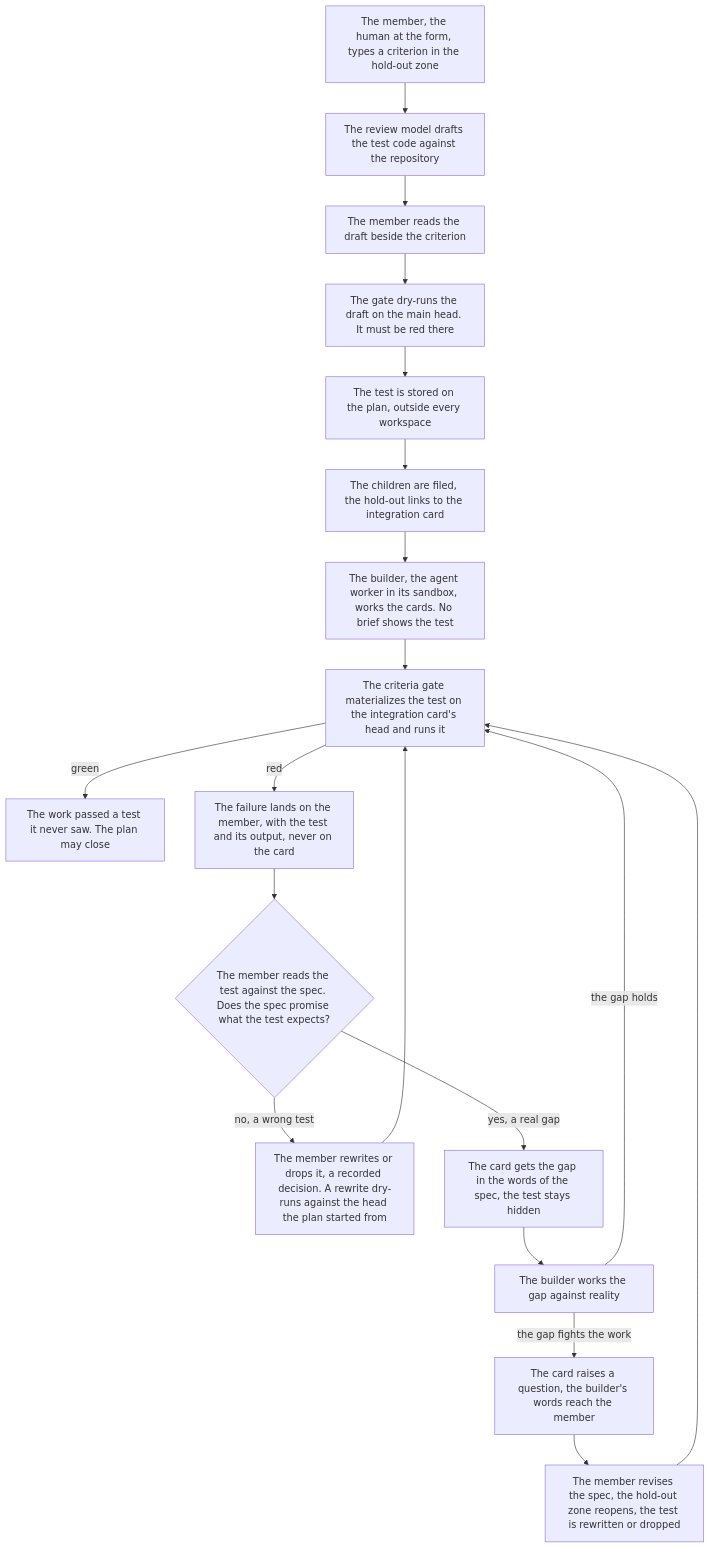
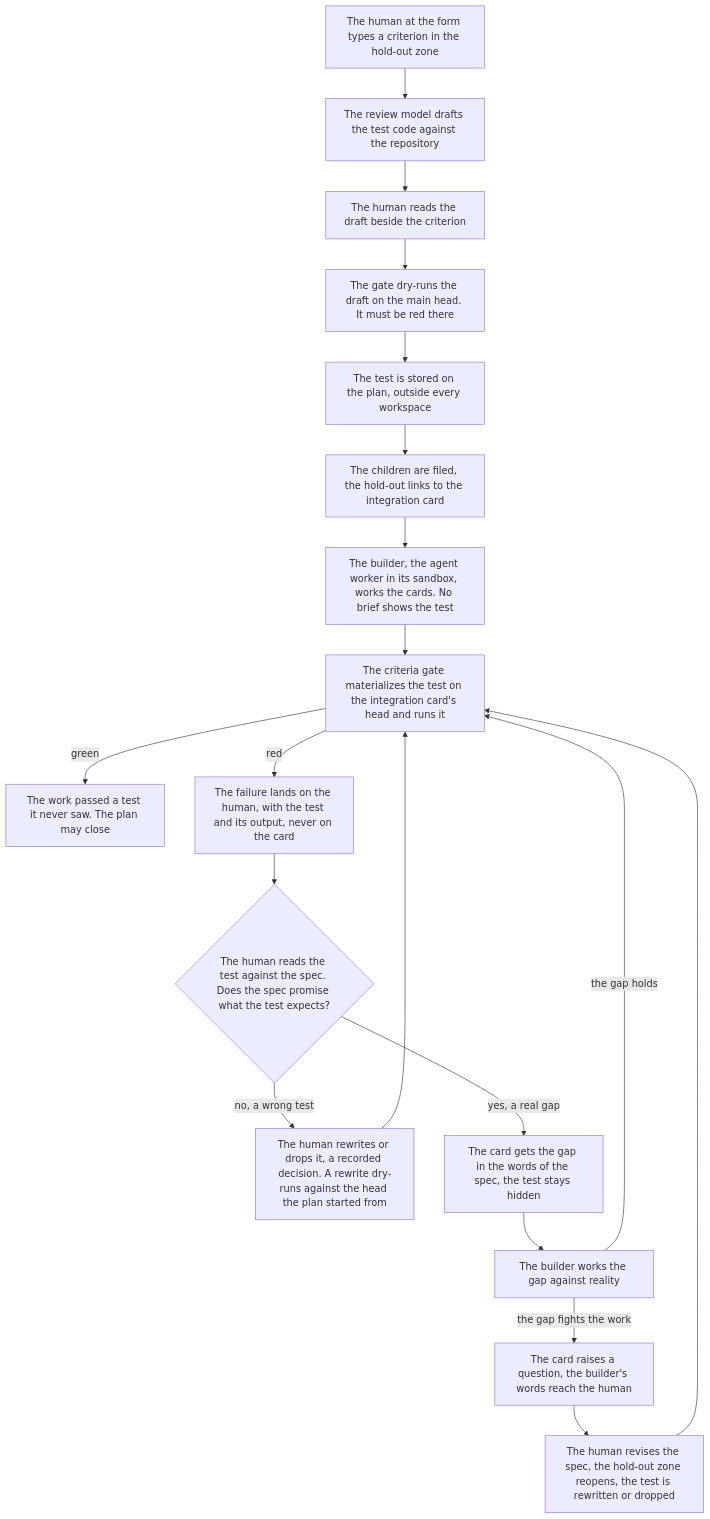
One commit to sebastianrueckerai/ai-software-factory changed the second of 2 diagrams in docs/spec-intake-concept-2026-10-16.md. Above: the diagram before and after it, drawn with Mermaid. The commit also changed other lines of this file, not shown here.

First line of the commit message:
docs: say human, not member

````diff
--- a/docs/spec-intake-concept-2026-10-16.md
+++ b/docs/spec-intake-concept-2026-10-16.md
@@ -140,21 +140,21 @@
     ```mermaid
     flowchart TD
-        A["The member, the human at the form, types a criterion in the hold-out zone"] --> B["The review model drafts the test code against the repository"]
-        B --> C["The member reads the draft beside the criterion"]
+        A["The human at the form types a criterion in the hold-out zone"] --> B["The review model drafts the test code against the repository"]
+        B --> C["The human reads the draft beside the criterion"]
         C --> D["The gate dry-runs the draft on the main head. It must be red there"]
         D --> E["The test is stored on the plan, outside every workspace"]
         E --> F["The children are filed, the hold-out links to the integration card"]
         F --> G["The builder, the agent worker in its sandbox, works the cards. No brief shows the test"]
         G --> H["The criteria gate materializes the test on the integration card's head and runs it"]
         H -->|"green"| I["The work passed a test it never saw. The plan may close"]
-        H -->|"red"| J["The failure lands on the member, with the test and its output, never on the card"]
-        J --> K{"The member reads the test against the spec. Does the spec promise what the test expects?"}
-        K -->|"no, a wrong test"| L["The member rewrites or drops it, a recorded decision. A rewrite dry-runs against the head the plan started from"]
+        H -->|"red"| J["The failure lands on the human, with the test and its output, never on the card"]
+        J --> K{"The human reads the test against the spec. Does the spec promise what the test expects?"}
+        K -->|"no, a wrong test"| L["The human rewrites or drops it, a recorded decision. A rewrite dry-runs against the head the plan started from"]
         K -->|"yes, a real gap"| M["The card gets the gap in the words of the spec, the test stays hidden"]
         M --> N["The builder works the gap against reality"]
         N -->|"the gap holds"| H
-        N -->|"the gap fights the work"| Q["The card raises a question, the builder's words reach the member"]
-        Q --> R["The member revises the spec, the hold-out zone reopens, the test is rewritten or dropped"]
+        N -->|"the gap fights the work"| Q["The card raises a question, the builder's words reach the human"]
+        Q --> R["The human revises the spec, the hold-out zone reopens, the test is rewritten or dropped"]
         R --> H
         L --> H
     ```
````
